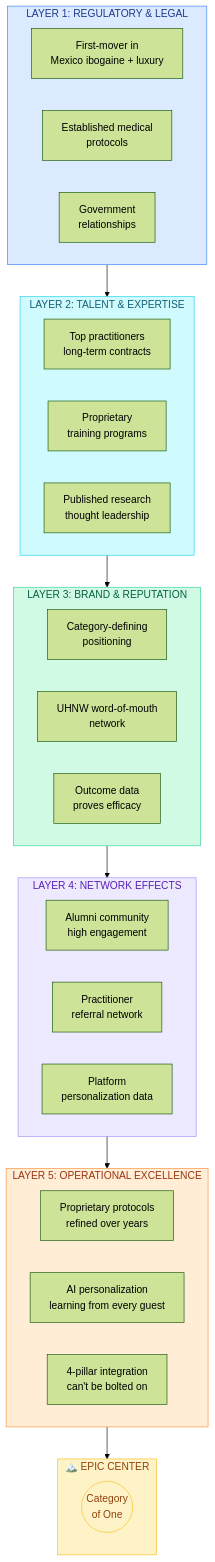
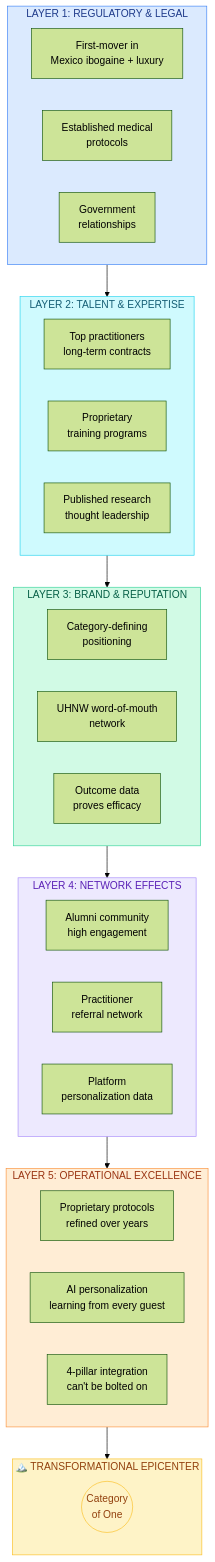
Before and after one commit to Light-Brands/epic-center: diagram 14 of 18 in docs/strategy/MARKET_STRATEGY_PLAN.md, drawn with Mermaid (forest theme). The commit also changed other lines of this file and 1 other file, not shown here.

First line of the commit message:
refactor: Rename Epic Center to Transformational Epicenter

````diff
--- a/docs/strategy/MARKET_STRATEGY_PLAN.md
+++ b/docs/strategy/MARKET_STRATEGY_PLAN.md
@@ -493,46 +493,46 @@
 ```mermaid
 flowchart TB
     subgraph L5["LAYER 5: OPERATIONAL EXCELLENCE"]
         M5A["Proprietary protocols<br/>refined over years"]
         M5B["AI personalization<br/>learning from every guest"]
         M5C["4-pillar integration<br/>can't be bolted on"]
     end
 
     subgraph L4["LAYER 4: NETWORK EFFECTS"]
         M4A["Alumni community<br/>high engagement"]
         M4B["Practitioner<br/>referral network"]
         M4C["Platform<br/>personalization data"]
     end
 
     subgraph L3["LAYER 3: BRAND & REPUTATION"]
         M3A["Category-defining<br/>positioning"]
         M3B["UHNW word-of-mouth<br/>network"]
         M3C["Outcome data<br/>proves efficacy"]
     end
 
     subgraph L2["LAYER 2: TALENT & EXPERTISE"]
         M2A["Top practitioners<br/>long-term contracts"]
         M2B["Proprietary<br/>training programs"]
         M2C["Published research<br/>thought leadership"]
     end
 
     subgraph L1["LAYER 1: REGULATORY & LEGAL"]
         M1A["First-mover in<br/>Mexico ibogaine + luxury"]
         M1B["Established medical<br/>protocols"]
         M1C["Government<br/>relationships"]
     end
 
-    subgraph CORE["🏔️ EPIC CENTER"]
+    subgraph CORE["🏔️ TRANSFORMATIONAL EPICENTER"]
         EC((Category<br/>of One))
     end
 
     L1 --> L2 --> L3 --> L4 --> L5 --> CORE
 
     style L1 fill:#dbeafe,stroke:#3b82f6,color:#1e3a8a
     style L2 fill:#cffafe,stroke:#22d3ee,color:#155e75
     style L3 fill:#d1fae5,stroke:#34d399,color:#065f46
     style L4 fill:#ede9fe,stroke:#a78bfa,color:#5b21b6
     style L5 fill:#ffedd5,stroke:#fb923c,color:#9a3412
     style CORE fill:#fef3c7,stroke:#fbbf24,color:#92400e
     style EC fill:#fef3c7,stroke:#fbbf24,color:#92400e
 ```
````
